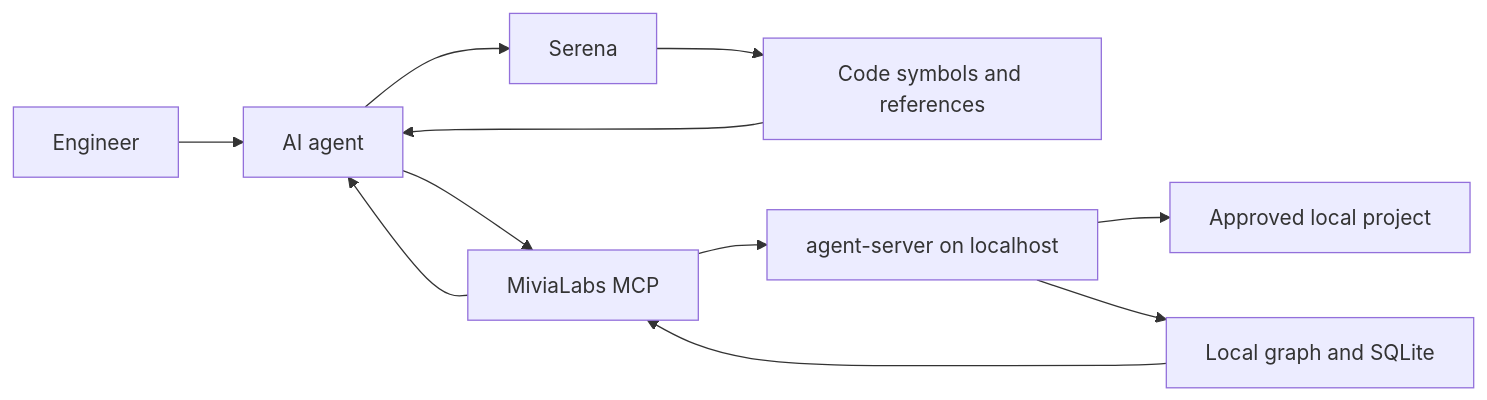
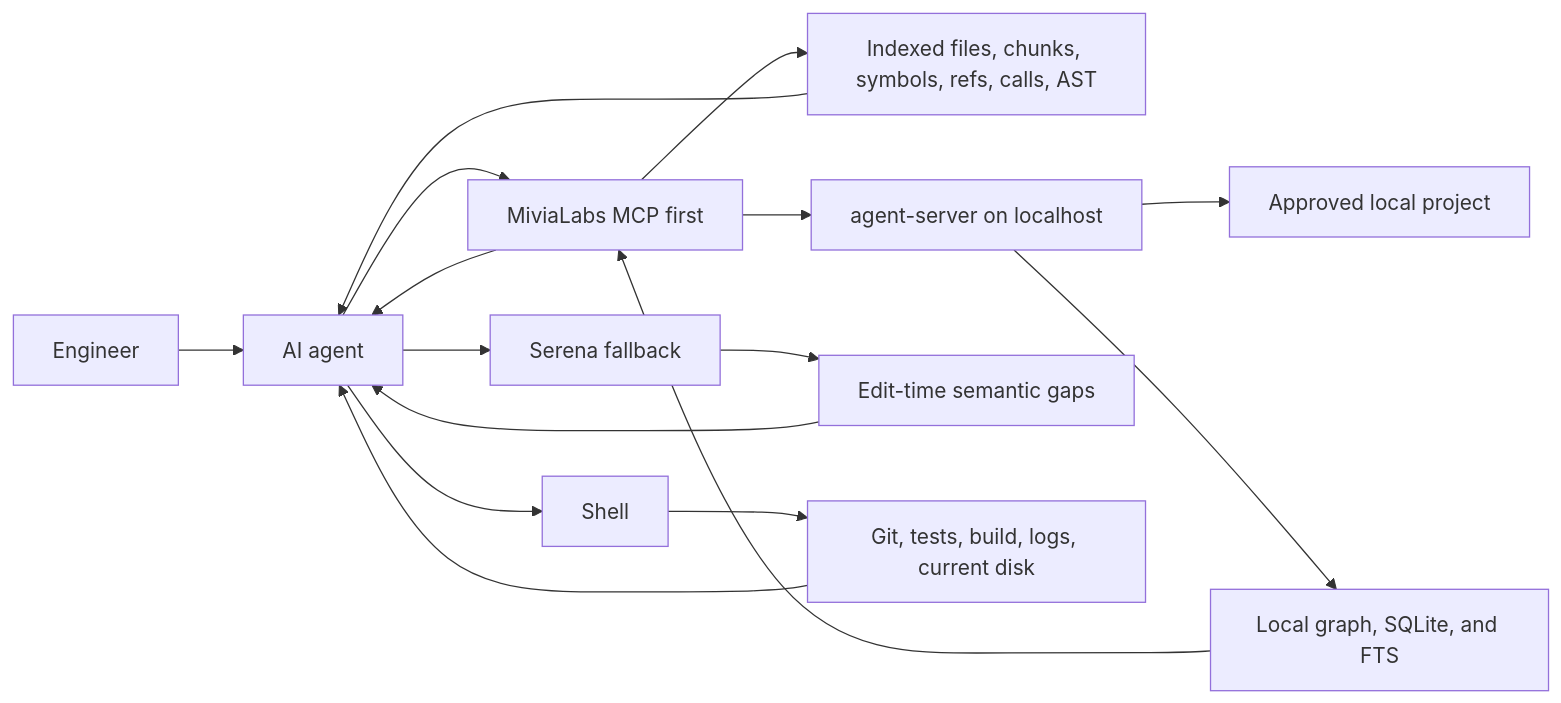
Before and after one commit to MiviaLabs/go-mivia: the diagram in docs/agent-context-guide.md, drawn with Mermaid. The commit also changed other lines of this file and 8 other files, not shown here.

````diff
--- a/docs/agent-context-guide.md
+++ b/docs/agent-context-guide.md
@@ -20,13 +20,18 @@
 ```mermaid
 flowchart LR
   Engineer["Engineer"] --> Agent["AI agent"]
-  Agent --> Serena["Serena"]
-  Agent --> MCP["MiviaLabs MCP"]
-  Serena --> Code["Code symbols and references"]
+  Agent --> MCP["MiviaLabs MCP first"]
+  Agent --> Serena["Serena fallback"]
+  Agent --> Shell["Shell"]
+  MCP --> Indexed["Indexed files, chunks, symbols, refs, calls, AST"]
   MCP --> Server["agent-server on localhost"]
   Server --> Project["Approved local project"]
-  Server --> Store["Local graph and SQLite"]
+  Server --> Store["Local graph, SQLite, and FTS"]
   Store --> MCP
+  Indexed --> Agent
+  Serena --> Code["Edit-time semantic gaps"]
+  Shell --> Disk["Git, tests, build, logs, current disk"]
   Code --> Agent
+  Disk --> Agent
   MCP --> Agent
 ```
````
